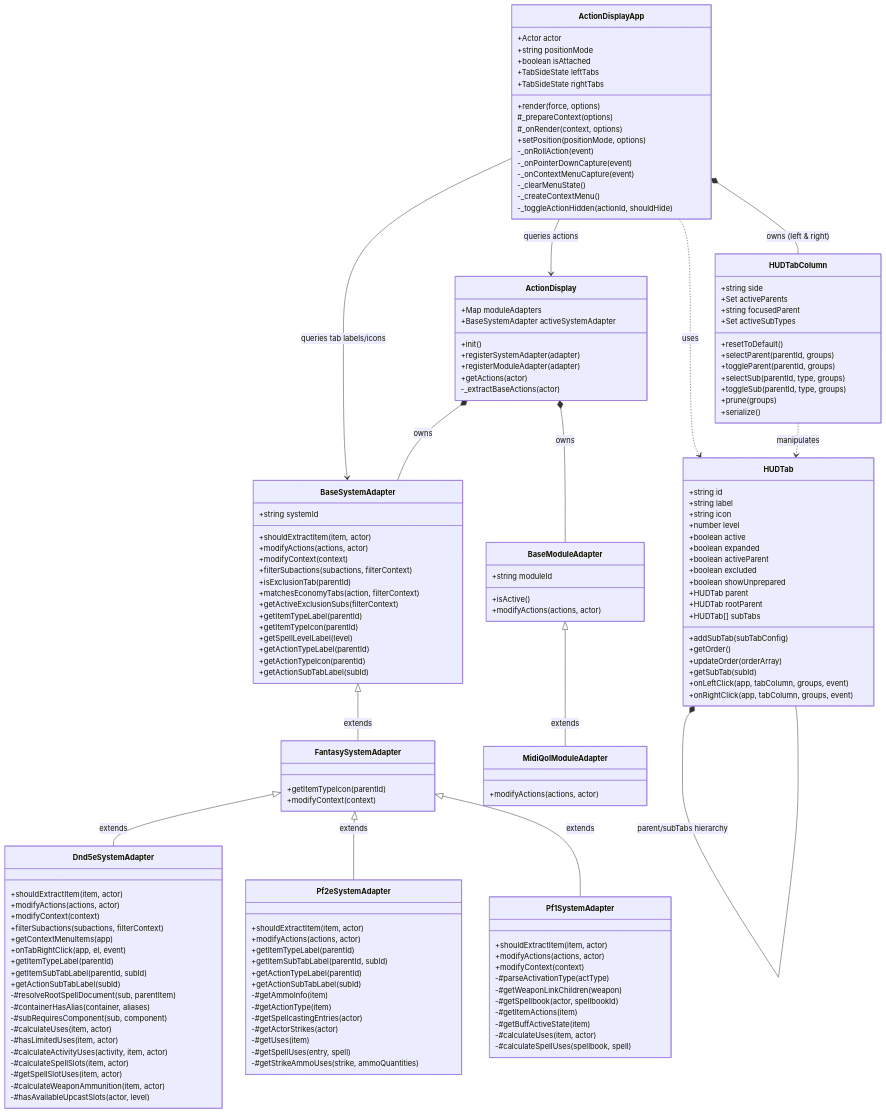
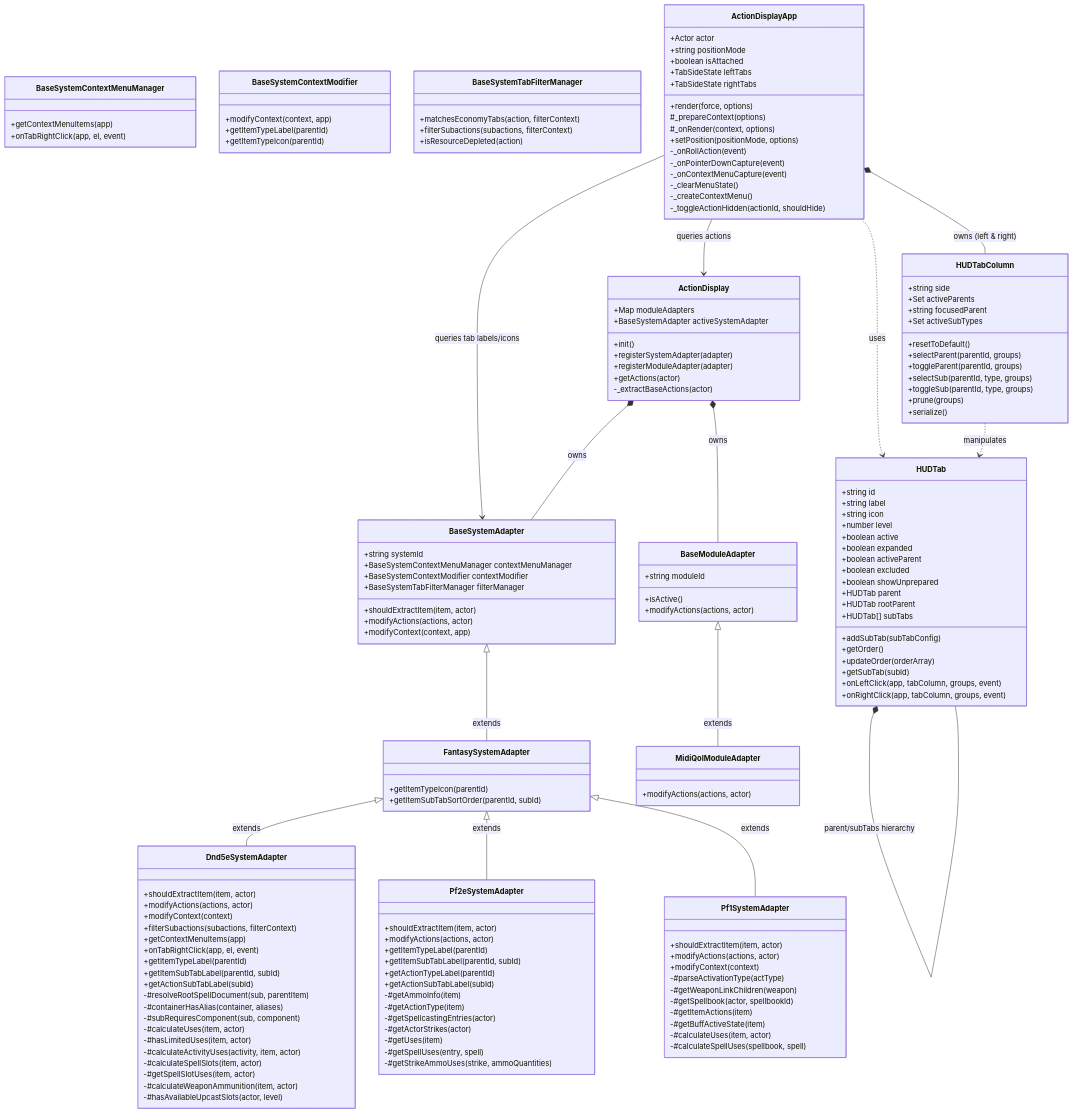
The first of 3 diagrams in docs/architecture_guide.md (aljames-arctic/bakana-action-display), drawn with Mermaid before and after one commit. The commit also changed other lines of this file and 1 other file, not shown here.

Commit message:
docs: update architecture guide and function tree with new system adapter manager hierarchy and UI context menu manager

```diff
--- a/docs/architecture_guide.md
+++ b/docs/architecture_guide.md
@@ -90,24 +94,34 @@
 
     class BaseSystemAdapter {
         +string systemId
+        +BaseSystemContextMenuManager contextMenuManager
+        +BaseSystemContextModifier contextModifier
+        +BaseSystemTabFilterManager filterManager
         +shouldExtractItem(item, actor)
         +modifyActions(actions, actor)
-        +modifyContext(context)
-        +filterSubactions(subactions, filterContext)
-        +isExclusionTab(parentId)
-        +matchesEconomyTabs(action, filterContext)
-        +getActiveExclusionSubs(filterContext)
+        +modifyContext(context, app)
+    }
+
+    class BaseSystemContextMenuManager {
+        +getContextMenuItems(app)
+        +onTabRightClick(app, el, event)
+    }
+
+    class BaseSystemContextModifier {
+        +modifyContext(context, app)
         +getItemTypeLabel(parentId)
         +getItemTypeIcon(parentId)
-        +getSpellLevelLabel(level)
-        +getActionTypeLabel(parentId)
-        +getActionTypeIcon(parentId)
-        +getActionSubTabLabel(subId)
+    }
+
+    class BaseSystemTabFilterManager {
+        +matchesEconomyTabs(action, filterContext)
+        +filterSubactions(subactions, filterContext)
+        +isResourceDepleted(action)
     }
 
     class FantasySystemAdapter {
         +getItemTypeIcon(parentId)
-        +modifyContext(context)
+        +getItemSubTabSortOrder(parentId, subId)
     }
 
     class Dnd5eSystemAdapter {
```
